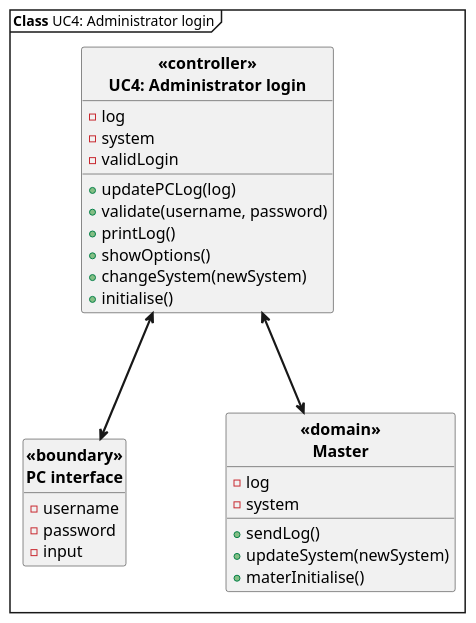
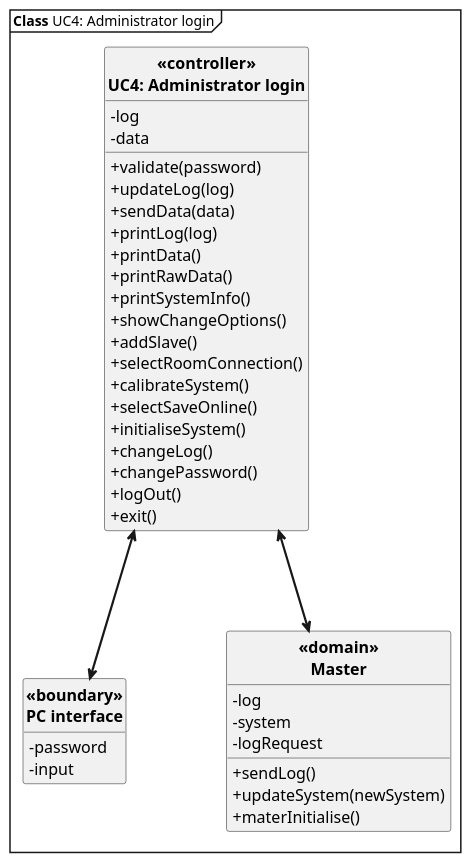
Before and after one commit to Tukkel/Projekt_2: the diagram in Updated SysML/Software Arkitektur-Design/UC4 AM/UC4 class.puml, drawn with PlantUML. The commit also changed 5 other files, not shown here.

```diff
--- a/Updated SysML/Software Arkitektur-Design/UC4 AM/UC4 class.puml
+++ b/Updated SysML/Software Arkitektur-Design/UC4 AM/UC4 class.puml
@@ -1,48 +1,59 @@
 @startuml UC4 class
 ' Default param deffinition
 skinparam style strictuml
 skinparam DefaultFontSize 16
 skinparam ArrowFontSize 16
 skinparam ArrowThickness 2.2
 skinparam Linetype poly
 skinparam ranksep 100
 skinparam nodesep 100
+skinparam classAttributeIconSize 0 
 hide empty members
 
 
 mainframe **Class** UC4: Administrator login
 
 ' Class definition
 
 Class "**<<boundary>>**\n**PC interface**" as UI{
-- username
 - password
 - input
 }
 
 
 Class "**<<domain>>**\n**Master**" as master{
 + sendLog()
 + updateSystem(newSystem)
 + materInitialise()
 - log
 - system
+- logRequest
 }
 
 Class "**<<controller>>**\n**UC4: Administrator login**" as PC{
-+ updatePCLog(log)
-+ validate(username, password)
-+ printLog()
-+ showOptions()
-+ changeSystem(newSystem)
-+ initialise()
++ validate(password)
++ updateLog(log)
++ sendData(data)
++ printLog(log)
++ printData()
++ printRawData()
++ printSystemInfo()
++ showChangeOptions()
++ addSlave()
++ selectRoomConnection()
++ calibrateSystem()
++ selectSaveOnline()
++ initialiseSystem()
++ changeLog()
++ changePassword()
++ logOut()
++ exit()
 - log
-- system
-- validLogin
+- data
 }
 
 ' Conection definition
 PC <--> UI
 PC <--> master
 
 @enduml
```
